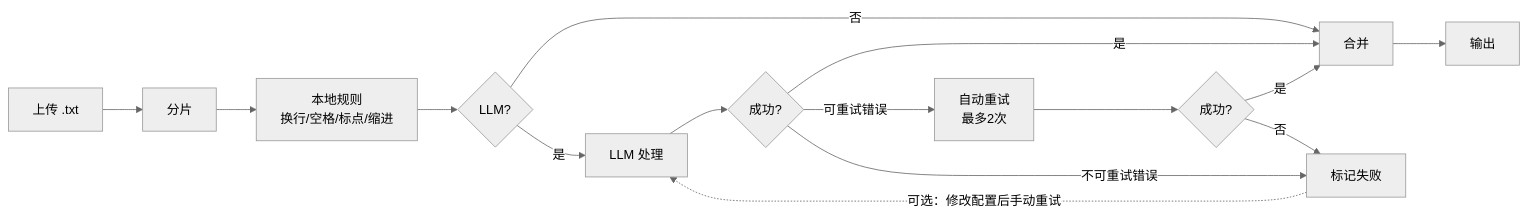
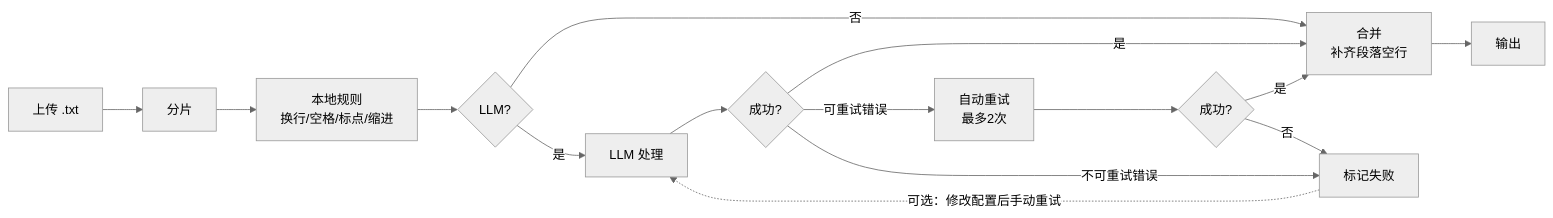
The diagram in README.md (makoMakoGo/novel-proofer), drawn with Mermaid (neutral theme) before and after one commit. The commit also changed other lines of this file and 21 other files, not shown here.

````diff
--- a/README.md
+++ b/README.md
@@ -54,16 +54,16 @@
 ```mermaid
 flowchart LR
     A[上传 .txt] --> B[分片] --> C[本地规则<br/>换行/空格/标点/缩进]
     C --> D{LLM?}
-    D -->|否| F[合并]
+    D -->|否| F[合并<br/>补齐段落空行]
     D -->|是| E[LLM 处理]
     E --> H{成功?}
     H -->|是| F
     H -->|可重试错误| R[自动重试<br/>最多2次]
     R --> H2{成功?}
     H2 -->|是| F
     H2 -->|否| M[标记失败]
     H -->|不可重试错误| M
     M -.->|可选：修改配置后手动重试| E
     F --> G[输出]
 ```
````
